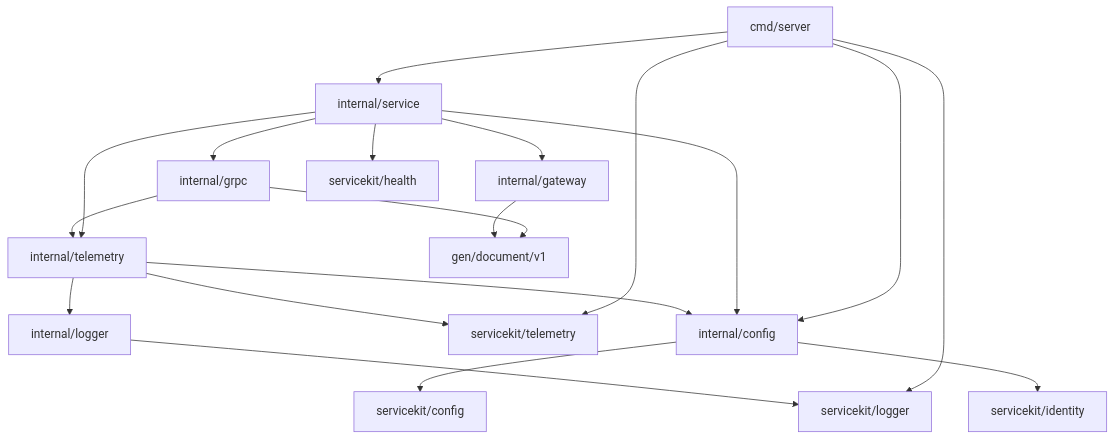
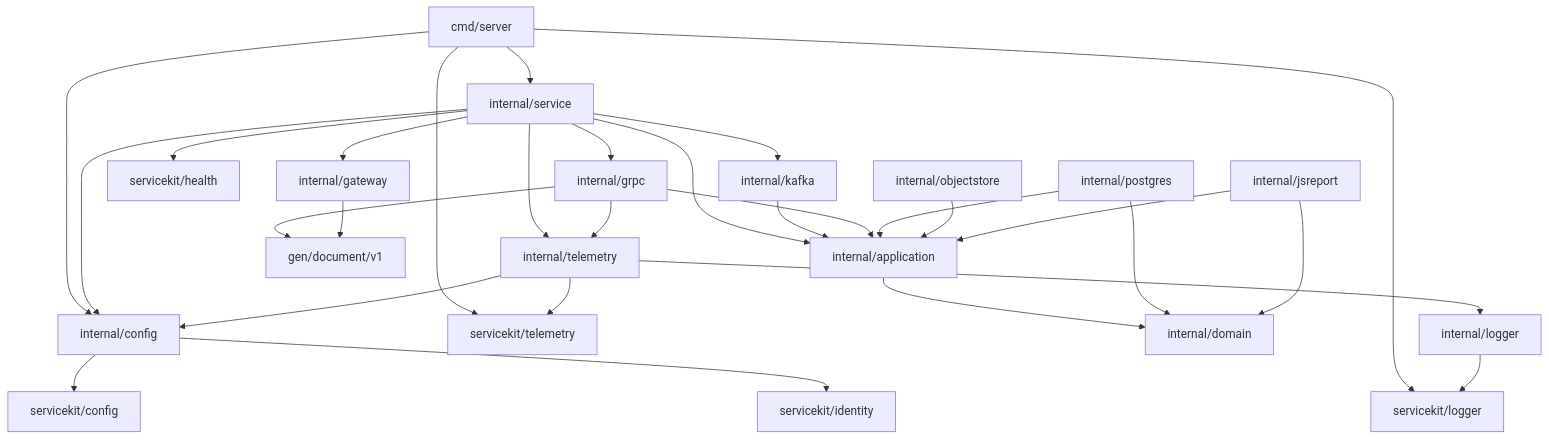
Before and after one commit to igor-baiborodine/insurance-hub: the diagram in services/document-service/README.md, drawn with Mermaid. The commit also changed other lines of this file and 46 other files, not shown here.

````diff
--- a/services/document-service/README.md
+++ b/services/document-service/README.md
@@ -357,21 +375,31 @@
 ```mermaid
 flowchart TD
     entry["cmd/server"] --> composition["internal/service"]
     entry --> config["internal/config"]
     entry --> sharedLogger["servicekit/logger"]
     entry --> sharedTelemetry["servicekit/telemetry"]
     composition --> grpc["internal/grpc"]
     composition --> gateway["internal/gateway"]
     composition --> health["servicekit/health"]
     composition --> telemetry["internal/telemetry"]
     composition --> config
+    composition --> application["internal/application"]
+    composition --> kafka["internal/kafka"]
+    kafka --> application
     grpc --> telemetry
     grpc --> generated["gen/document/v1"]
+    grpc --> application
     gateway --> generated
+    application --> domain["internal/domain"]
+    postgres["internal/postgres"] --> application
+    postgres --> domain
+    objectstore["internal/objectstore"] --> application
+    jsreport["internal/jsreport"] --> application
+    jsreport --> domain
     telemetry --> config
     telemetry --> logger["internal/logger"]
     telemetry --> sharedTelemetry
     logger --> sharedLogger
     config --> sharedConfig["servicekit/config"]
     config --> sharedIdentity["servicekit/identity"]
 ```
````
